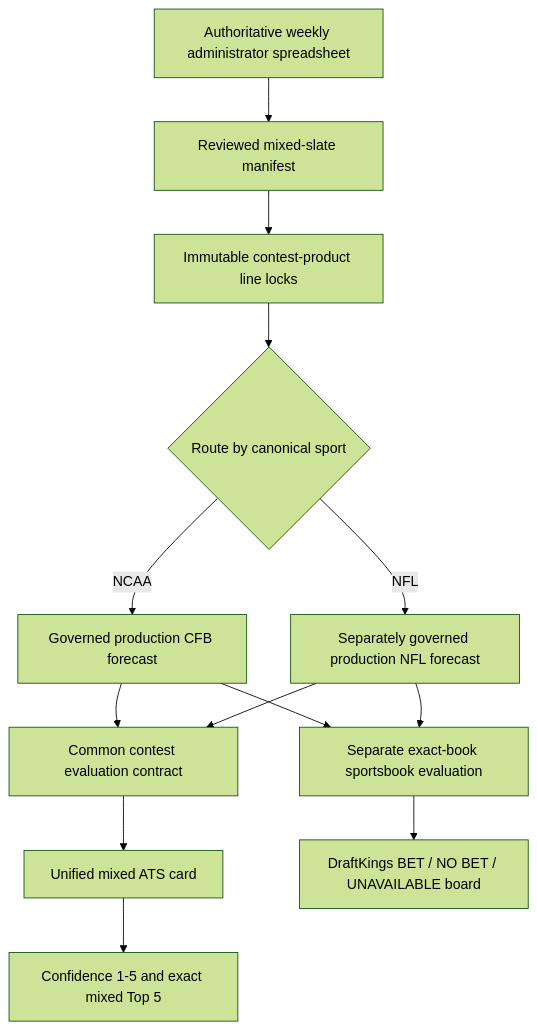
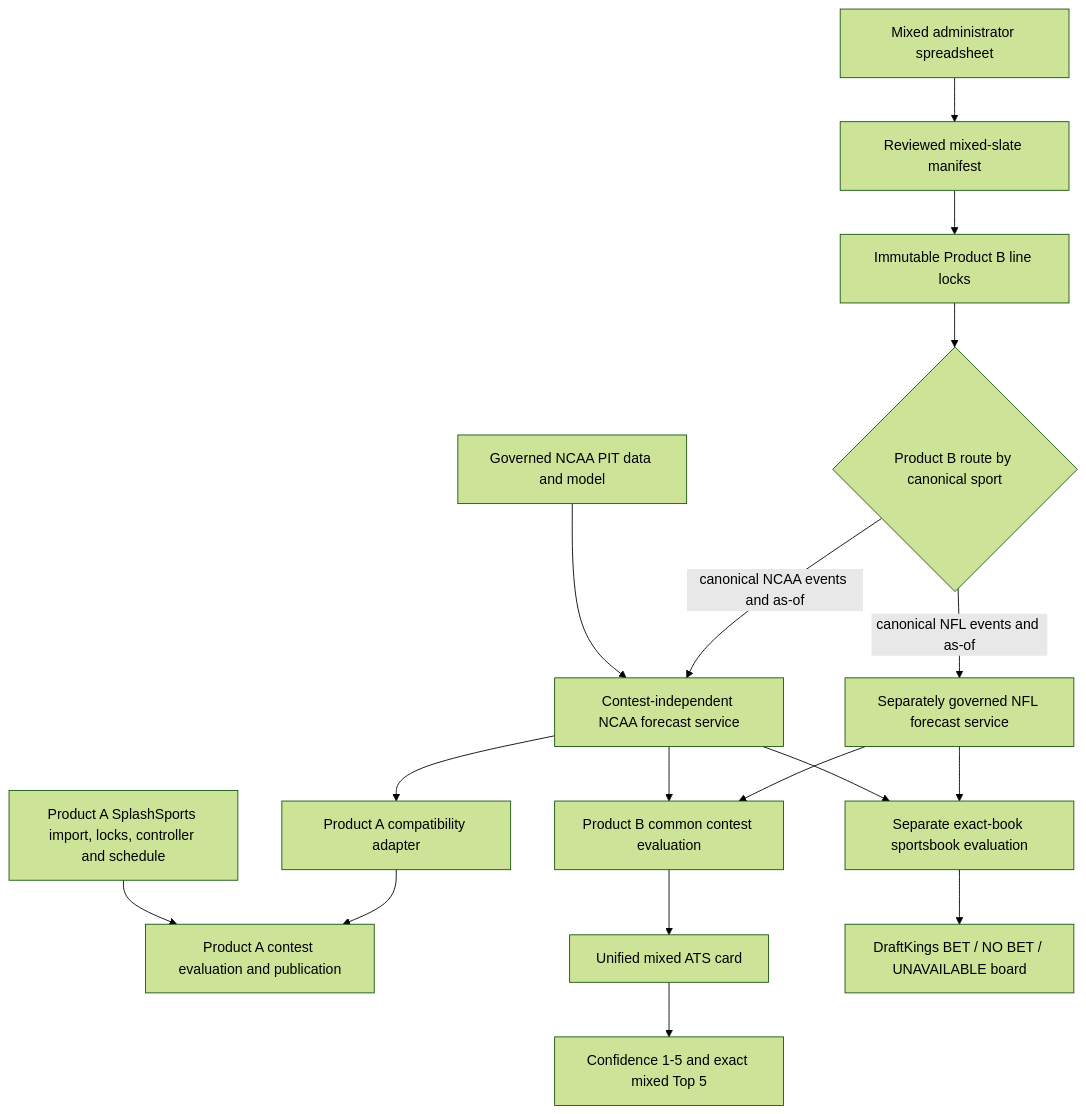
The diagram in docs/MIXED_NCAA_NFL_PHASE_0.md (JCRABURN/cfb-betting-system-v3), drawn with Mermaid (forest theme) before and after one commit. The commit also changed other lines of this file, not shown here.

Commit message:
Decouple mixed NCAA forecasts from SplashSports

````diff
--- a/docs/MIXED_NCAA_NFL_PHASE_0.md
+++ b/docs/MIXED_NCAA_NFL_PHASE_0.md
@@ -23,15 +26,21 @@
 ```mermaid
 flowchart TD
-    S[Authoritative weekly administrator spreadsheet] --> M[Reviewed mixed-slate manifest]
-    M --> L[Immutable contest-product line locks]
-    L --> R{Route by canonical sport}
-    R -->|NCAA| C[Governed production CFB forecast]
-    R -->|NFL| N[Separately governed production NFL forecast]
-    C --> E[Common contest evaluation contract]
+    CD[Governed NCAA PIT data and model] --> C[Contest-independent NCAA forecast service]
+    C --> CA[Product A compatibility adapter]
+    SA[Product A SplashSports import, locks, controller and schedule] --> PA[Product A contest evaluation and publication]
+    CA --> PA
+
+    S[Mixed administrator spreadsheet] --> M[Reviewed mixed-slate manifest]
+    M --> L[Immutable Product B line locks]
+    L --> R{Product B route by canonical sport}
+    R -->|canonical NCAA events and as-of| C
+    R -->|canonical NFL events and as-of| N[Separately governed NFL forecast service]
+    C --> E[Product B common contest evaluation]
     N --> E
     E --> K[Unified mixed ATS card]
     K --> T[Confidence 1-5 and exact mixed Top 5]
+
     C --> B[Separate exact-book sportsbook evaluation]
     N --> B
     B --> D[DraftKings BET / NO BET / UNAVAILABLE board]
 ```
````
